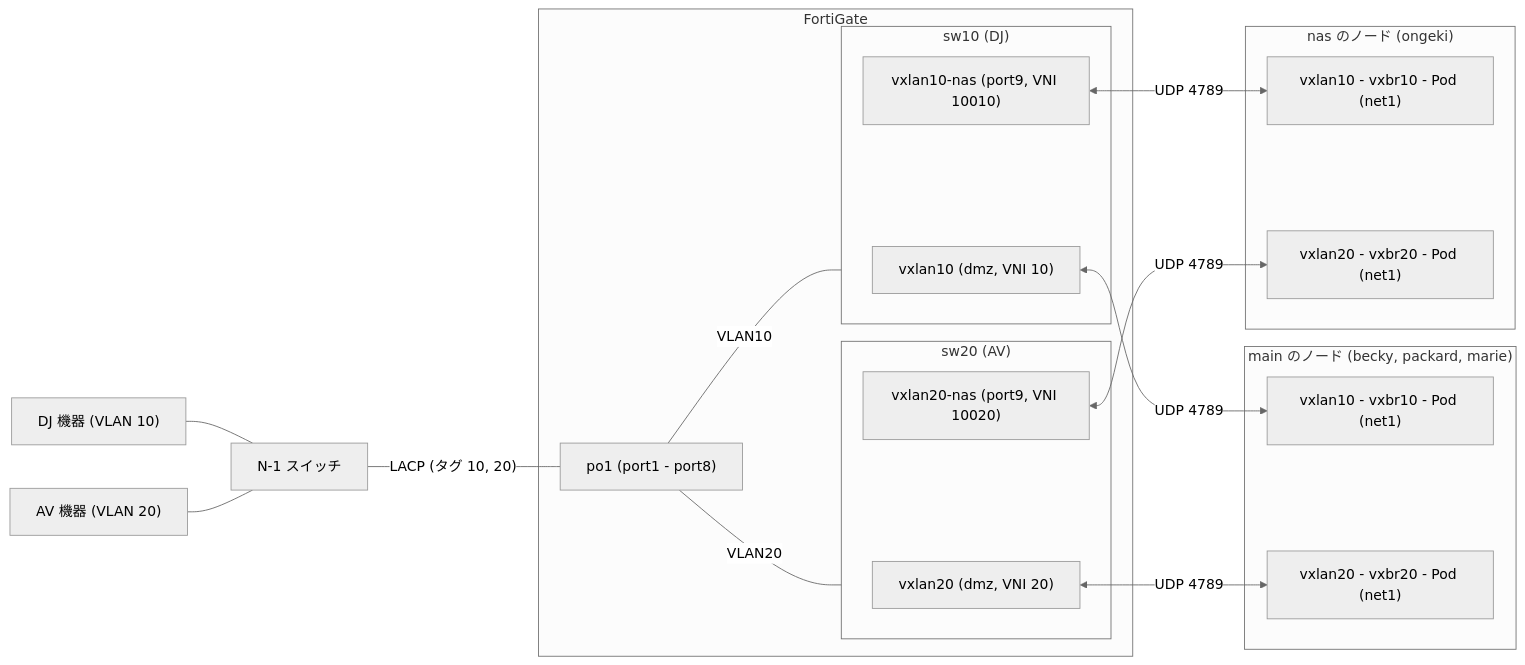
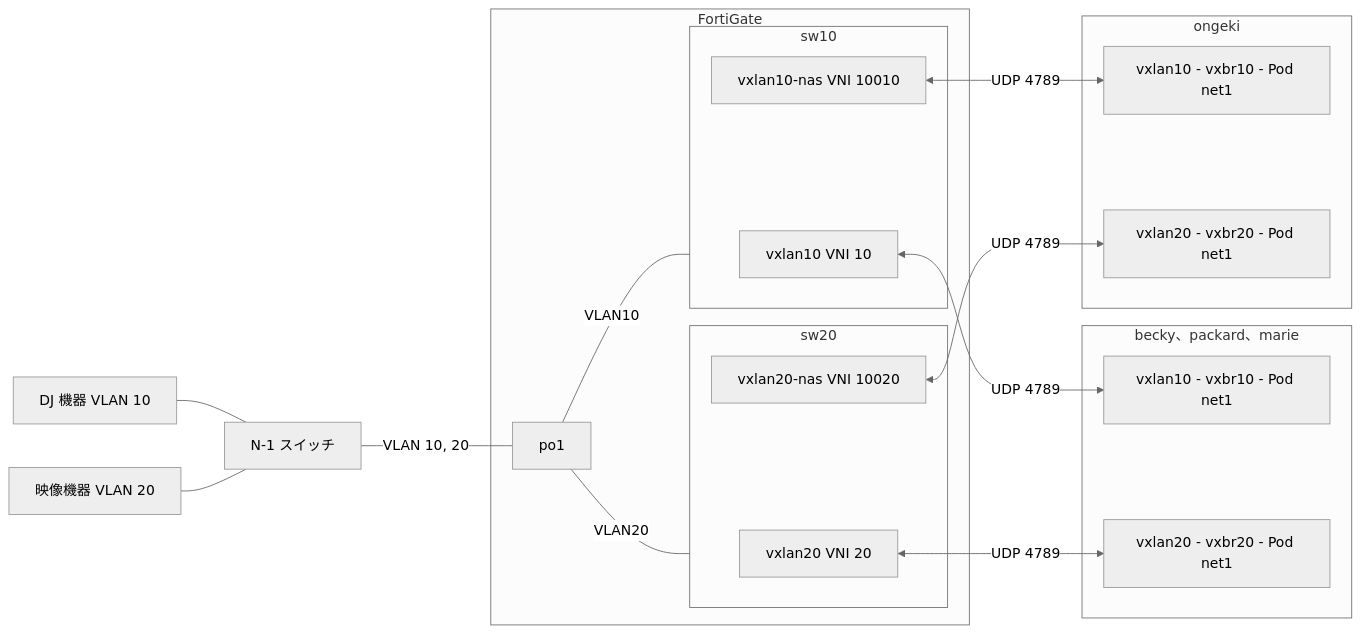
Before and after one commit to TechnoTUT/Infra: the third of 3 diagrams in docs/content/computing/vxlan.mdx, drawn with Mermaid (neutral theme). The commit also changed other lines of this file, not shown here.

First line of the commit message:
docs(vxlan): trim packet, forwarding and troubleshooting from the protocol section (#123)

````diff
--- a/docs/content/computing/vxlan.mdx
+++ b/docs/content/computing/vxlan.mdx
@@ -195,31 +68,31 @@
 ```mermaid
 flowchart LR
-  d10["DJ 機器 (VLAN 10)"] --- n1
-  d20["AV 機器 (VLAN 20)"] --- n1
-  n1["N-1 スイッチ"] -- "LACP (タグ 10, 20)" --- po1
+  d10["DJ 機器 VLAN 10"] --- n1
+  d20["映像機器 VLAN 20"] --- n1
+  n1["N-1 スイッチ"] -- "VLAN 10, 20" --- po1
   subgraph fg["FortiGate"]
-    po1["po1 (port1 - port8)"]
-    subgraph s10["sw10 (DJ)"]
-      x10["vxlan10 (dmz, VNI 10)"]
-      xn10["vxlan10-nas (port9, VNI 10010)"]
+    po1["po1"]
+    subgraph s10["sw10"]
+      x10["vxlan10 VNI 10"]
+      xn10["vxlan10-nas VNI 10010"]
     end
-    subgraph s20["sw20 (AV)"]
-      x20["vxlan20 (dmz, VNI 20)"]
-      xn20["vxlan20-nas (port9, VNI 10020)"]
+    subgraph s20["sw20"]
+      x20["vxlan20 VNI 20"]
+      xn20["vxlan20-nas VNI 10020"]
     end
     po1 -- "VLAN10" --- s10
     po1 -- "VLAN20" --- s20
   end
-  subgraph main["main のノード (becky, packard, marie)"]
-    m10["vxlan10 - vxbr10 - Pod (net1)"]
-    m20["vxlan20 - vxbr20 - Pod (net1)"]
+  subgraph main["becky、packard、marie"]
+    m10["vxlan10 - vxbr10 - Pod net1"]
+    m20["vxlan20 - vxbr20 - Pod net1"]
   end
-  subgraph nas["nas のノード (ongeki)"]
-    o10["vxlan10 - vxbr10 - Pod (net1)"]
-    o20["vxlan20 - vxbr20 - Pod (net1)"]
+  subgraph nas["ongeki"]
+    o10["vxlan10 - vxbr10 - Pod net1"]
+    o20["vxlan20 - vxbr20 - Pod net1"]
   end
   x10 <-- "UDP 4789" --> m10
   x20 <-- "UDP 4789" --> m20
   xn10 <-- "UDP 4789" --> o10
   xn20 <-- "UDP 4789" --> o20
 ```
````
